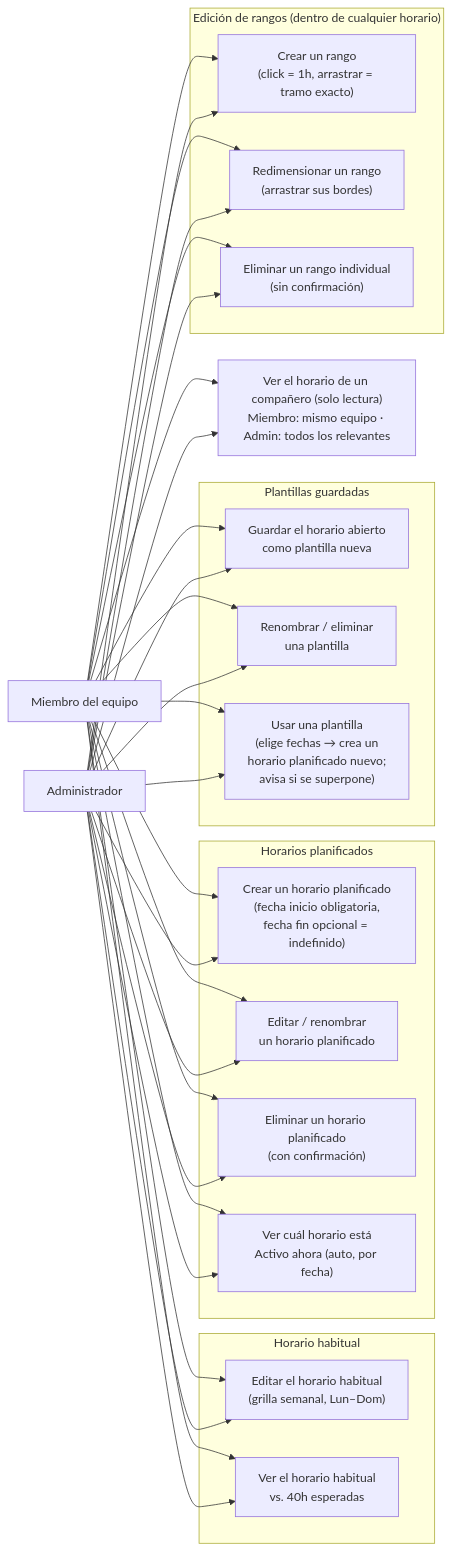
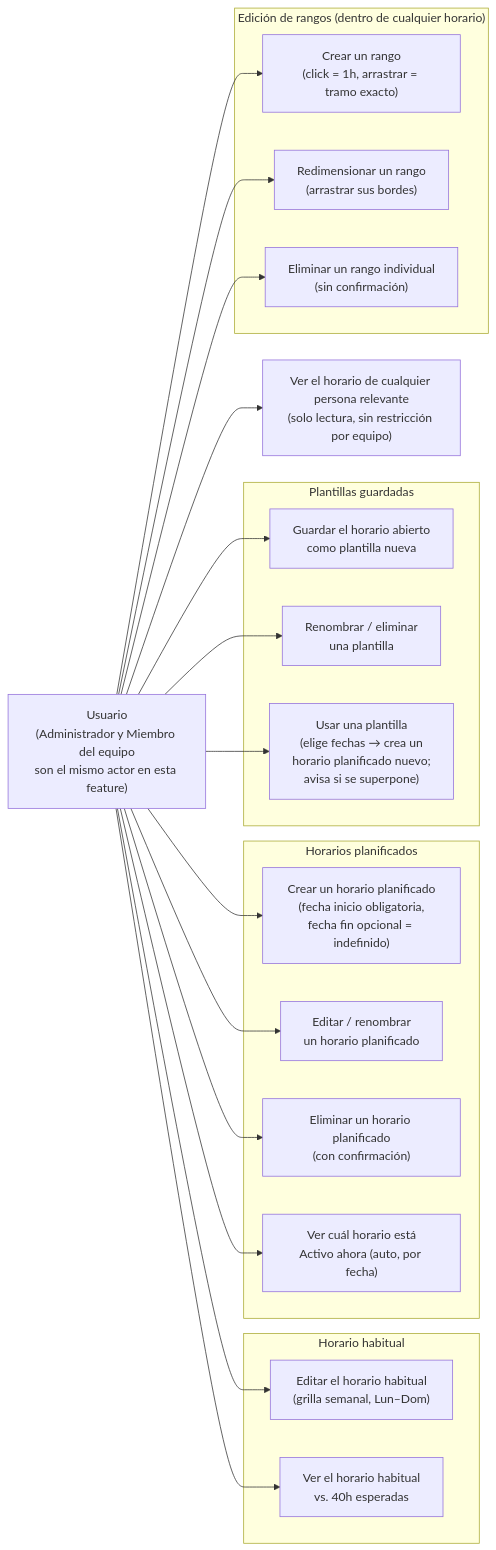
Before and after one commit to EminatMKT/eminat-app: the diagram in docs/superpowers/specs/2026-10-30-task-availability-planned-schedules-design.md, drawn with Mermaid. The commit also changed other lines of this file, not shown here.

````diff
--- a/docs/superpowers/specs/2026-10-30-task-availability-planned-schedules-design.md
+++ b/docs/superpowers/specs/2026-10-30-task-availability-planned-schedules-design.md
@@ -37,34 +38,32 @@
 ```mermaid
 flowchart LR
-    Member["Miembro del equipo"]
-    Admin["Administrador"]
+    User["Usuario\n(Administrador y Miembro del equipo\nson el mismo actor en esta feature)"]
 
     subgraph Habitual["Horario habitual"]
         UC1["Editar el horario habitual\n(grilla semanal, Lun–Dom)"]
         UC2["Ver el horario habitual\nvs. 40h esperadas"]
     end
 
     subgraph Plans["Horarios planificados"]
         UC3["Crear un horario planificado\n(fecha inicio obligatoria,\nfecha fin opcional = indefinido)"]
         UC4["Editar / renombrar\nun horario planificado"]
         UC5["Eliminar un horario planificado\n(con confirmación)"]
         UC6["Ver cuál horario está\nActivo ahora (auto, por fecha)"]
     end
 
     subgraph Templates["Plantillas guardadas"]
         UC7["Guardar el horario abierto\ncomo plantilla nueva"]
         UC8["Renombrar / eliminar\nuna plantilla"]
         UC9["Usar una plantilla\n(elige fechas → crea un\nhorario planificado nuevo;\navisa si se superpone)"]
     end
 
     subgraph RangeEditing["Edición de rangos (dentro de cualquier horario)"]
         UC10["Crear un rango\n(click = 1h, arrastrar = tramo exacto)"]
         UC11["Redimensionar un rango\n(arrastrar sus bordes)"]
         UC12["Eliminar un rango individual\n(sin confirmación)"]
     end
 
-    UC13["Ver el horario de un compañero (solo lectura)\nMiembro: mismo equipo · Admin: todos los relevantes"]
+    UC13["Ver el horario de cualquier persona relevante\n(solo lectura, sin restricción por equipo)"]
 
-    Member --> UC1 & UC2 & UC3 & UC4 & UC5 & UC6 & UC7 & UC8 & UC9 & UC10 & UC11 & UC12 & UC13
-    Admin --> UC1 & UC2 & UC3 & UC4 & UC5 & UC6 & UC7 & UC8 & UC9 & UC10 & UC11 & UC12 & UC13
+    User --> UC1 & UC2 & UC3 & UC4 & UC5 & UC6 & UC7 & UC8 & UC9 & UC10 & UC11 & UC12 & UC13
 ```
````
